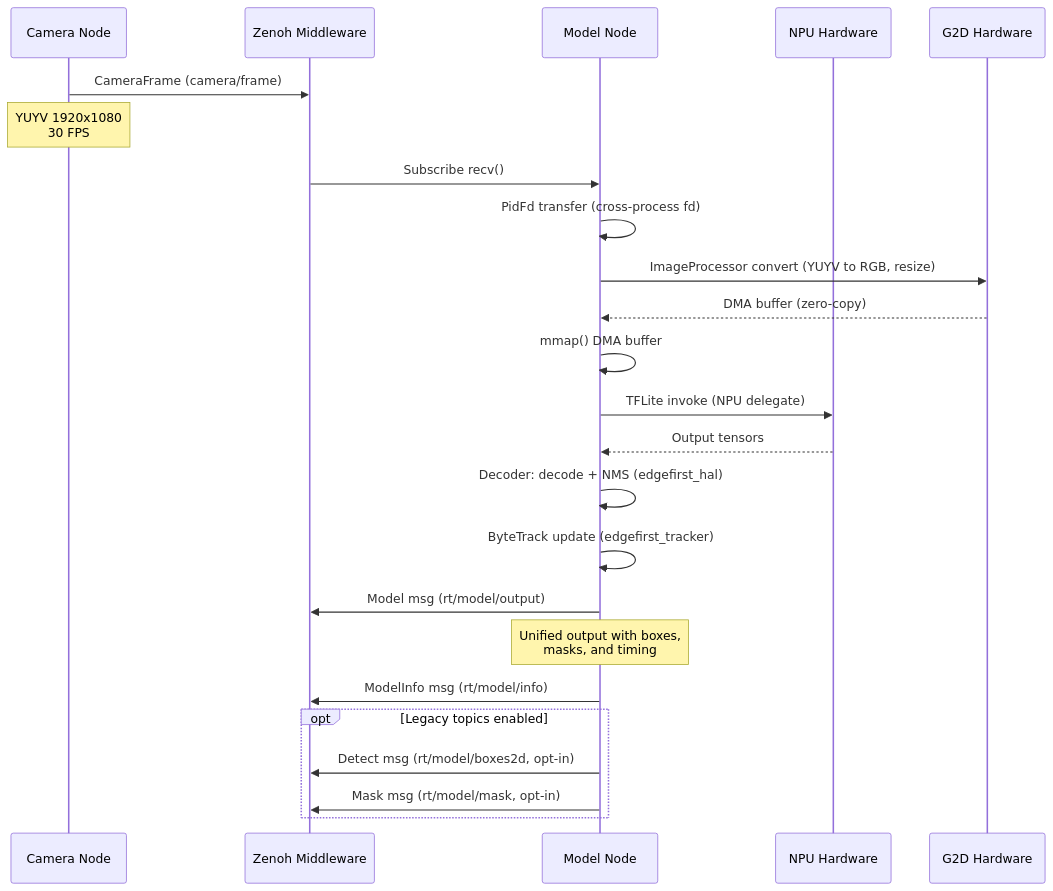
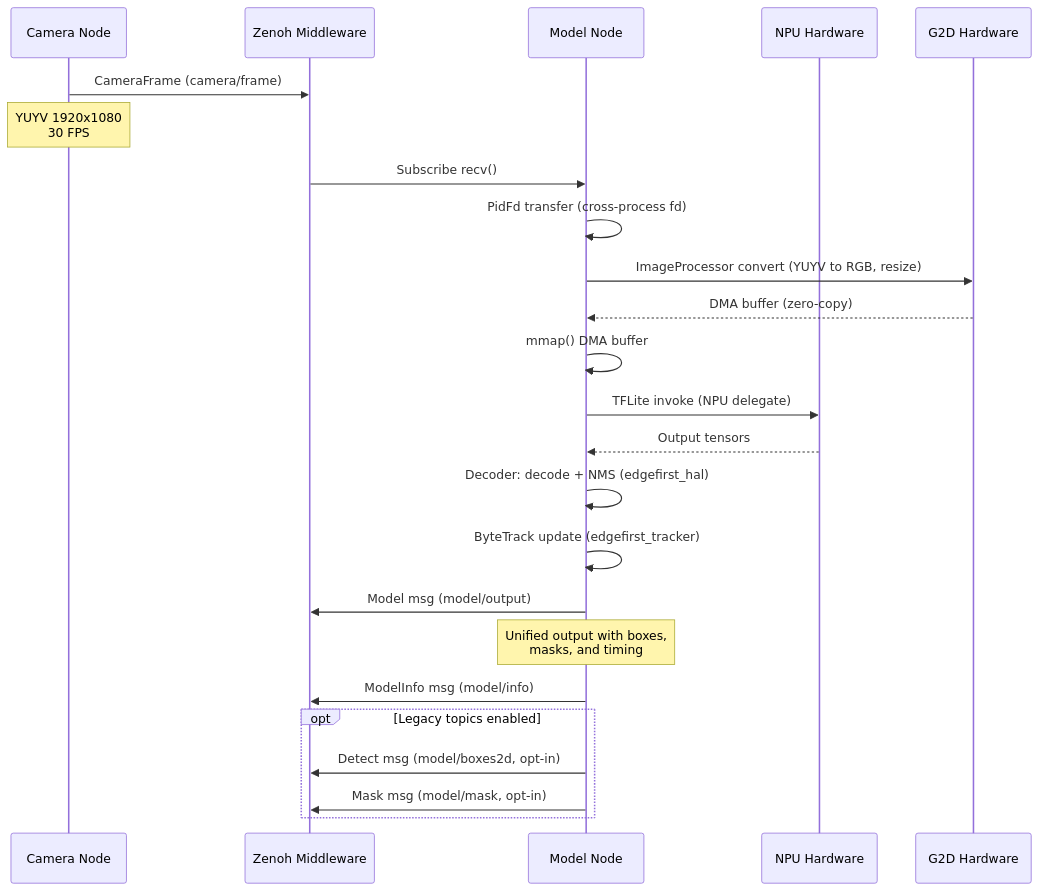
The second of 5 diagrams in ARCHITECTURE.md (EdgeFirstAI/model), drawn with Mermaid before and after one commit. The commit also changed other lines of this file and 7 other files, not shown here.

````diff
--- a/ARCHITECTURE.md
+++ b/ARCHITECTURE.md
@@ -298,32 +298,32 @@
 ```mermaid
 sequenceDiagram
     participant Camera as Camera Node
     participant Zenoh as Zenoh Middleware
     participant Model as Model Node
     participant NPU as NPU Hardware
     participant G2D as G2D Hardware
 
     Camera->>Zenoh: CameraFrame (camera/frame)
     Note over Camera: YUYV 1920x1080<br/>30 FPS
 
     Zenoh->>Model: Subscribe recv()
     Model->>Model: PidFd transfer (cross-process fd)
 
     Model->>G2D: ImageProcessor convert (YUYV to RGB, resize)
     G2D-->>Model: DMA buffer (zero-copy)
 
     Model->>Model: mmap() DMA buffer
     Model->>NPU: TFLite invoke (NPU delegate)
     NPU-->>Model: Output tensors
 
     Model->>Model: Decoder: decode + NMS (edgefirst_hal)
     Model->>Model: ByteTrack update (edgefirst_tracker)
 
-    Model->>Zenoh: Model msg (rt/model/output)
+    Model->>Zenoh: Model msg (model/output)
     Note over Model: Unified output with boxes,<br/>masks, and timing
-    Model->>Zenoh: ModelInfo msg (rt/model/info)
+    Model->>Zenoh: ModelInfo msg (model/info)
     opt Legacy topics enabled
-    Model->>Zenoh: Detect msg (rt/model/boxes2d, opt-in)
-    Model->>Zenoh: Mask msg (rt/model/mask, opt-in)
+    Model->>Zenoh: Detect msg (model/boxes2d, opt-in)
+    Model->>Zenoh: Mask msg (model/mask, opt-in)
     end
 ```
````
